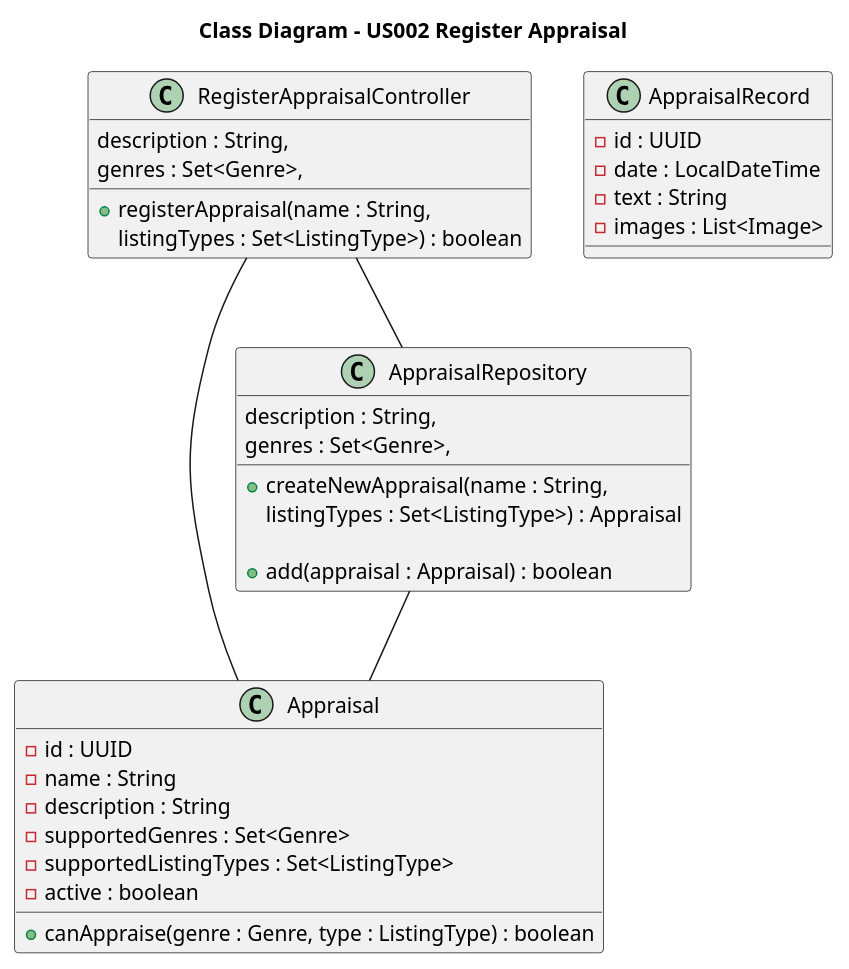
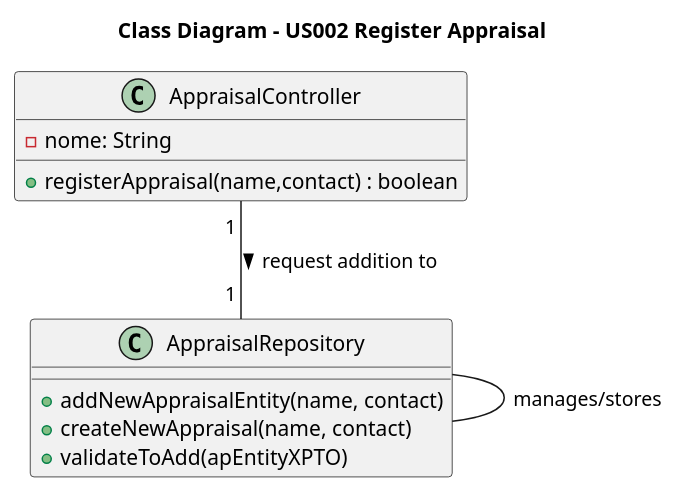
One commit to AndrePereiraGitH/SWitCH-Project-Team_A changed the diagram in Diagrams/ClassDiagrams/US004-to-register-an-appraisal-entity.puml. Above: the diagram before and after it, drawn with PlantUML. The commit also changed 3 other files, not shown here.

Commit message:
US004 - Update Sequence and Class diagrams. #58; #59

```diff
--- a/Diagrams/ClassDiagrams/US004-to-register-an-appraisal-entity.puml
+++ b/Diagrams/ClassDiagrams/US004-to-register-an-appraisal-entity.puml
@@ -1,86 +1,33 @@
 @startuml
 
 title Class Diagram - US002 Register Appraisal
 
-/'
-' Enums
-enum Genre {
-  FANTASY
-  SCIENCE
-  HISTORY
-  ROMANCE
-  ...
-}
+' Application Layer
+class AppraisalController {
+  - nome: String
 
-enum ListingType {
-  AUCTION
-  DIRECT_SALE
-}
-'/
-
-' Domain Classes
-class Appraisal {
-  - id : UUID
-  - name : String
-  - description : String
-  - supportedGenres : Set<Genre>
-  - supportedListingTypes : Set<ListingType>
-  - active : boolean
-
-  + canAppraise(genre : Genre, type : ListingType) : boolean
-}
-
-class AppraisalRecord {
-  - id : UUID
-  - date : LocalDateTime
-  - text : String
-  - images : List<Image>
-}
-/'
-class Publication {
-  - id : UUID
-  - title : String
-  - genre : Genre
-  - listingType : ListingType
-}
-
-class Image {
-  - id : UUID
-  - path : String
-}
-'/
-
-' Application Layer
-class RegisterAppraisalController {
-  + registerAppraisal(name : String,
-                      description : String,
-                      genres : Set<Genre>,
-                      listingTypes : Set<ListingType>) : boolean
+  + registerAppraisal(name,contact) : boolean
 }
 
 class AppraisalRepository {
-  + createNewAppraisal(name : String,
-                       description : String,
-                       genres : Set<Genre>,
-                       listingTypes : Set<ListingType>) : Appraisal
-
-  + add(appraisal : Appraisal) : boolean
+  + addNewAppraisalEntity(name, contact)
+  + createNewAppraisal(name, contact)
+  + validateToAdd(apEntityXPTO)
 }
 
 /'
 Appraisal "1" -- "*" AppraisalRecord : performs
 AppraisalRecord "1" -- "1" Publication : evaluates
 AppraisalRecord "1" -- "1" Appraisal : appraiser
 
 Publication "1" -- "1" Genre
 Publication "1" -- "1" ListingType
 '/
 
 ' Interection
 
-RegisterAppraisalController -- AppraisalRepository
-RegisterAppraisalController -- Appraisal
+AppraisalController "1 " -- "1 " AppraisalRepository : request addition to >
 
-AppraisalRepository -- Appraisal
+AppraisalRepository -- AppraisalRepository : manages/stores
 
 @enduml
```
